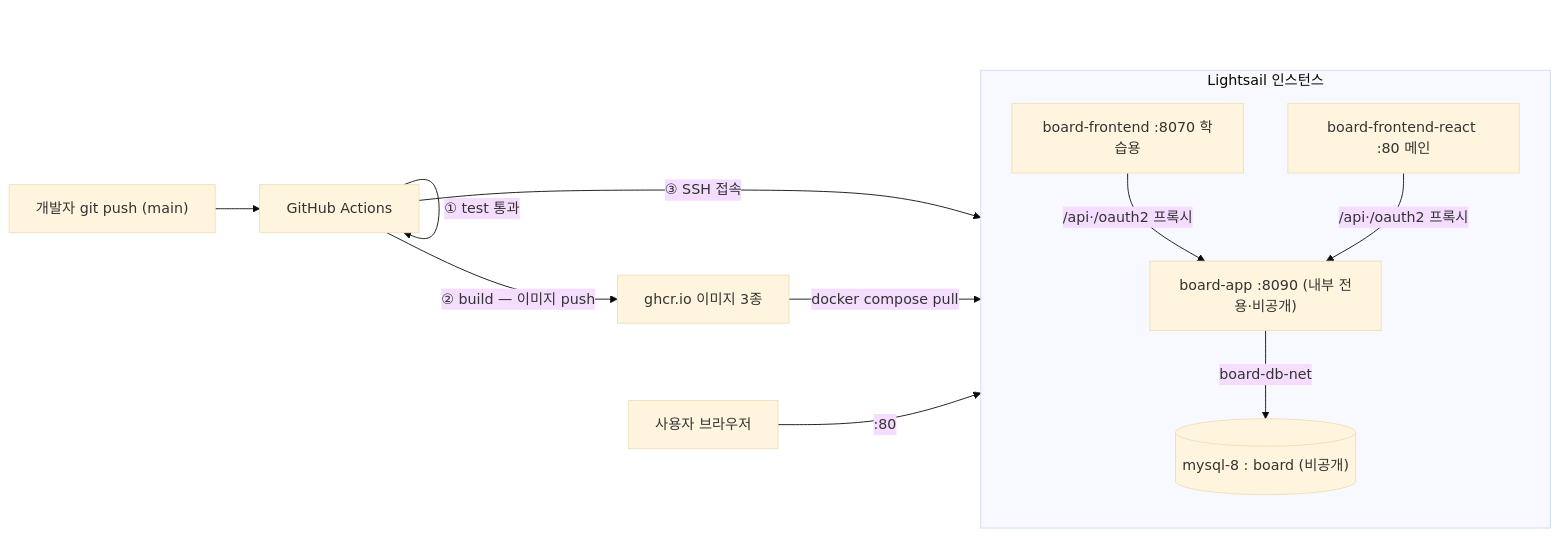
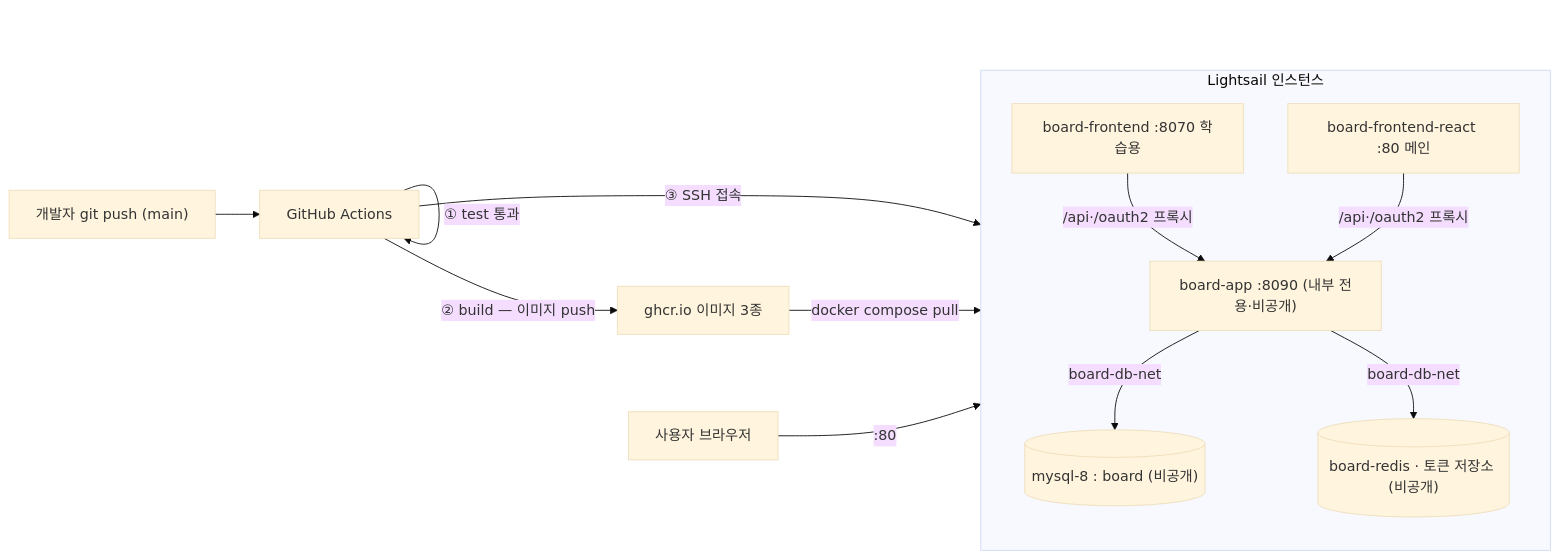
One commit to icesnake72/boards changed the diagram in docs/lecture/DEPLOY-LIGHTSAIL.md. Above: the diagram before and after it, drawn with Mermaid (base theme). The commit also changed other lines of this file and 6 other files, not shown here.

````diff
--- a/docs/lecture/DEPLOY-LIGHTSAIL.md
+++ b/docs/lecture/DEPLOY-LIGHTSAIL.md
@@ -19,14 +19,15 @@
 ```mermaid
 flowchart LR
   DEV["개발자 git push (main)"] --> GH["GitHub Actions"]
   GH -->|"① test 통과"| GH
   GH -->|"② build — 이미지 push"| GHCR["ghcr.io 이미지 3종"]
   GH -->|"③ SSH 접속"| LS["Lightsail 3.34.173.34"]
   GHCR -->|"docker compose pull"| LS
   subgraph LS["Lightsail 인스턴스"]
     APP["board-app :8090 (내부 전용·비공개)"] -->|"board-db-net"| DB[("mysql-8 : board (비공개)")]
+    APP -->|"board-db-net"| REDIS[("board-redis · 토큰 저장소 (비공개)")]
     FE1["board-frontend :8070 학습용"] -->|"/api·/oauth2 프록시"| APP
     FE2["board-frontend-react :80 메인"] -->|"/api·/oauth2 프록시"| APP
   end
   USER["사용자 브라우저"] -->|":80"| LS
 ```
````
